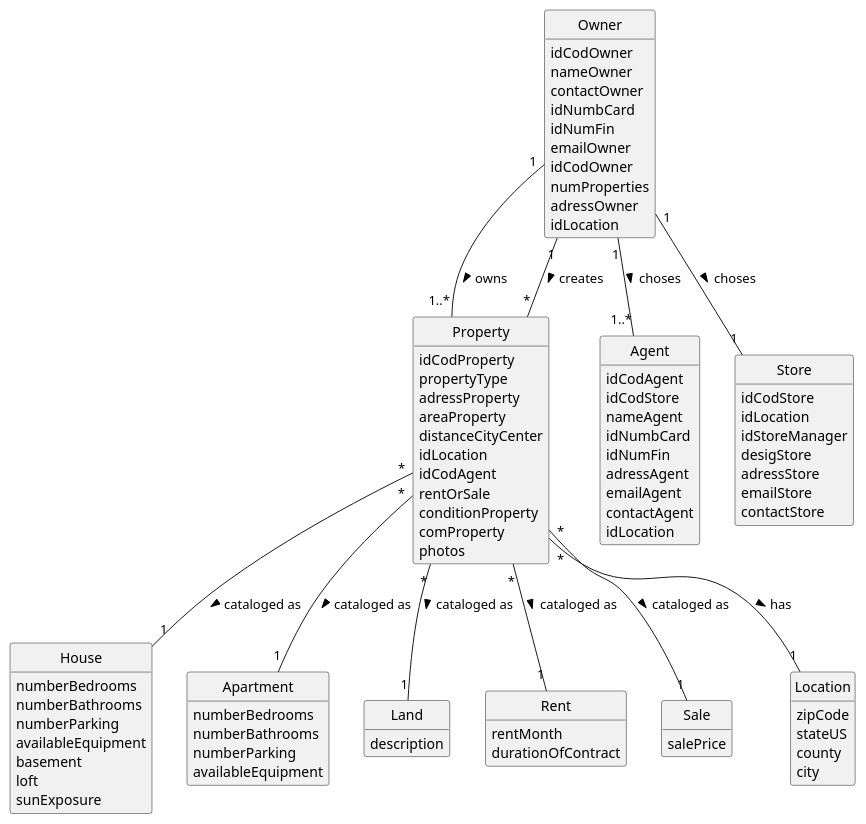
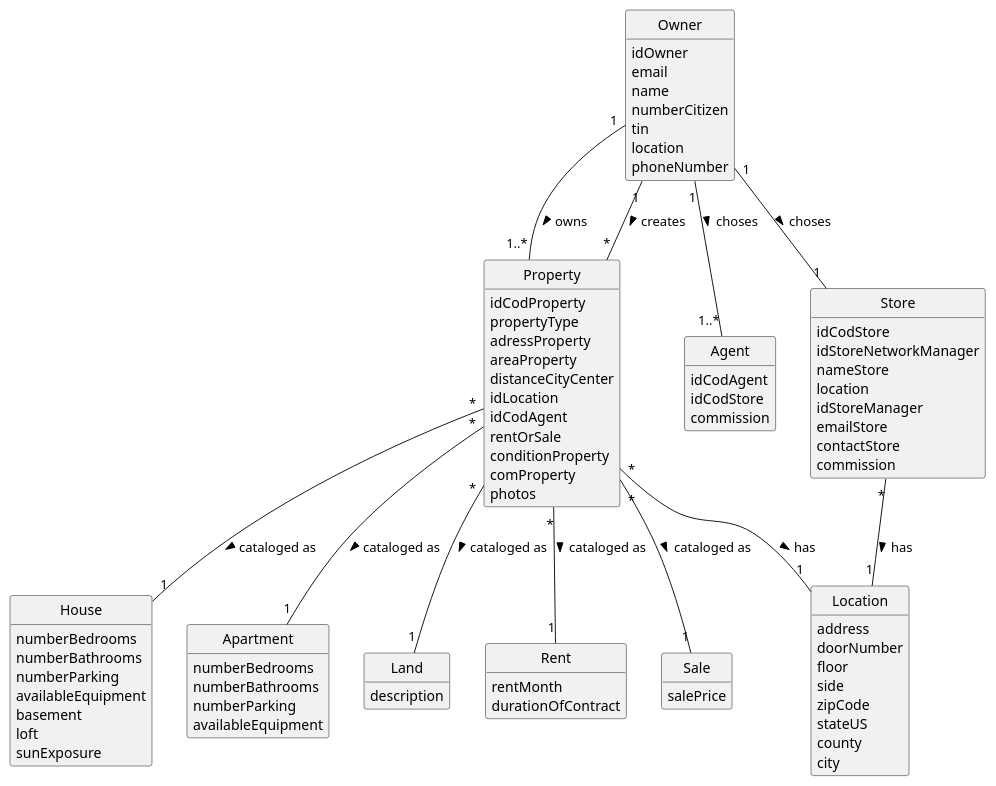
One commit to PEDROMOREIRA45/lei-23-s2-1dg-g31 changed the diagram in docs/sprintA/us004/02.analysis/puml/us004-domain-model.puml. Above: the diagram before and after it, drawn with PlantUML. The commit also changed 8 other files, not shown here.

```diff
--- a/docs/sprintA/us004/02.analysis/puml/us004-domain-model.puml
+++ b/docs/sprintA/us004/02.analysis/puml/us004-domain-model.puml
@@ -1,114 +1,113 @@
 @startuml
 skinparam monochrome true
 skinparam packageStyle rectangle
 skinparam shadowing false
 
 'left to right direction
 
 skinparam classAttributeIconSize 0
 
 hide circle
 hide methods
 
 'title Domain Model
 
 'class Platform {
 '  -description
 '}
 
 class Owner {
-    idCodOwner
-    nameOwner
-    contactOwner
-    idNumbCard
-    idNumFin
-    emailOwner
-    idCodOwner
-    numProperties
-    adressOwner
-    idLocation
+    idOwner
+    email
+    name
+    numberCitizen
+    tin
+    location
+    phoneNumber
 }
 
 class Property {
     idCodProperty
     propertyType
     adressProperty
     areaProperty
     distanceCityCenter
     idLocation
     idCodAgent
     rentOrSale
     conditionProperty
     comProperty
     photos
 }
 
 class House{
     numberBedrooms
     numberBathrooms
     numberParking
     availableEquipment
     basement
     loft
     sunExposure
 }
 
 class Apartment{
     numberBedrooms
     numberBathrooms
     numberParking
     availableEquipment
 }
 
 class Land{
     description
 }
 class Rent {
     rentMonth
     durationOfContract
 }
 class Sale {
     salePrice
 }
 
 class Location {
+    address
+    doorNumber
+    floor
+    side
     zipCode
     stateUS
     county
     city
+
 }
 
 class Agent {
     idCodAgent
     idCodStore
-    nameAgent
-    idNumbCard
-    idNumFin
-    adressAgent
-    emailAgent
-    contactAgent
-    idLocation
+    commission
 }
 
 class Store{
     idCodStore
-    idLocation
+    idStoreNetworkManager
+    nameStore
+    location
     idStoreManager
-    desigStore
-    adressStore
     emailStore
     contactStore
+    commission
+
 }
 
 Owner "1" -- "1..*" Property: owns >
 Owner "1" -- "1..*" Agent: choses >
 Owner "1" -- "1" Store: choses >
 Owner "1" -- "*" Property : creates >
 Property "*" -- "1" House: cataloged as >
 Property "*" -- "1" Apartment: cataloged as >
 Property "*" -- "1" Land: cataloged as >
 Property "*" -- "1" Rent: cataloged as >
 Property "*" -- "1" Sale: cataloged as >
 Property "*" -- "1" Location: has >
+Store "*" -- "1" Location: has >
 
 @enduml
```
